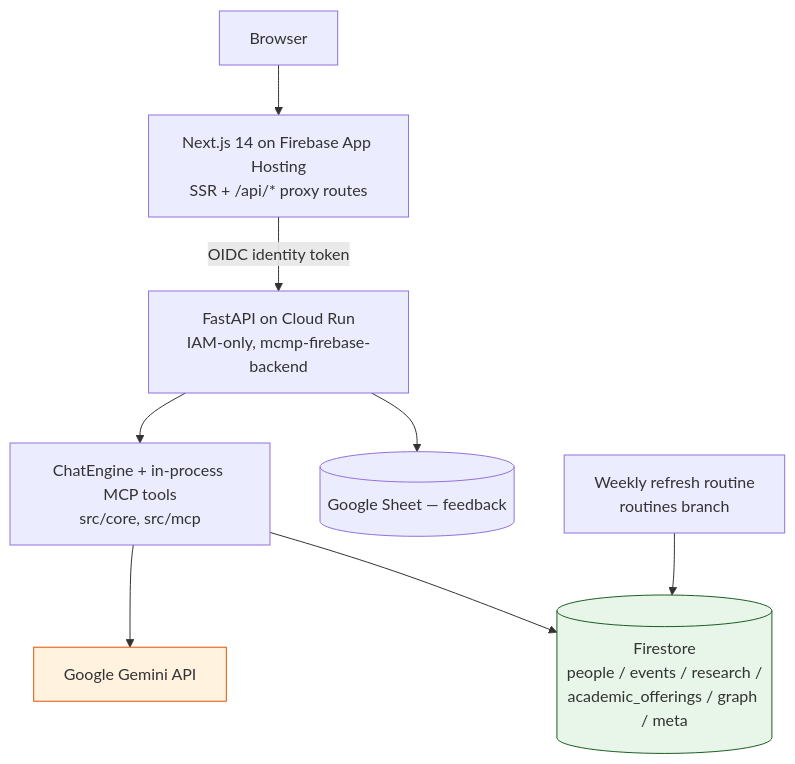
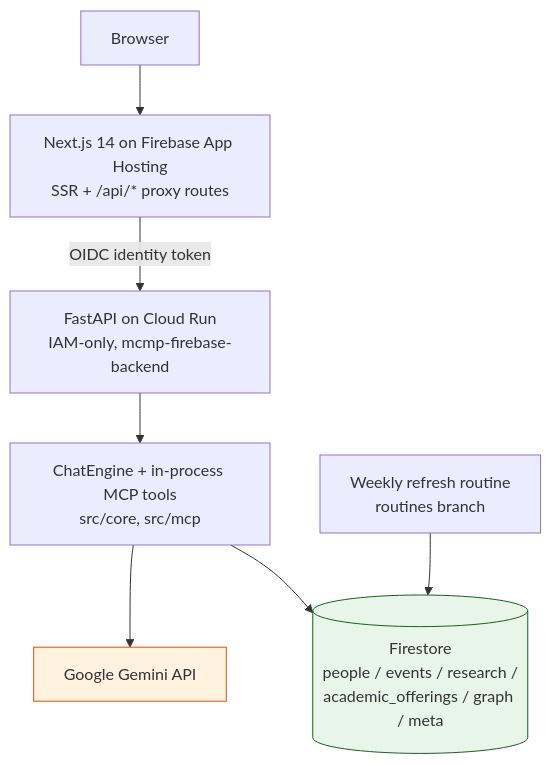
Before and after one commit to IgnacioOQ/mcmp_chatbot: the diagram in README.md, drawn with Mermaid. The commit also changed other lines of this file and 27 other files, not shown here.

````diff
--- a/README.md
+++ b/README.md
@@ -33,13 +33,12 @@
 ```mermaid
 graph TD
     User[Browser] --> FE[Next.js 14 on Firebase App Hosting<br/>SSR + /api/* proxy routes]
     FE -- "OIDC identity token" --> BE[FastAPI on Cloud Run<br/>IAM-only, mcmp-firebase-backend]
     BE --> Engine[ChatEngine + in-process MCP tools<br/>src/core, src/mcp]
     Engine --> Gemini[Google Gemini API]
     Engine --> FS[(Firestore<br/>people / events / research /<br/>academic_offerings / graph / meta)]
-    BE --> Sheets[(Google Sheet — feedback)]
     Scraper[Weekly refresh routine<br/>routines branch] --> FS
 
     style FS fill:#e8f5e9,stroke:#1b5e20
     style Gemini fill:#fff3e0,stroke:#e65100
 ```
````
